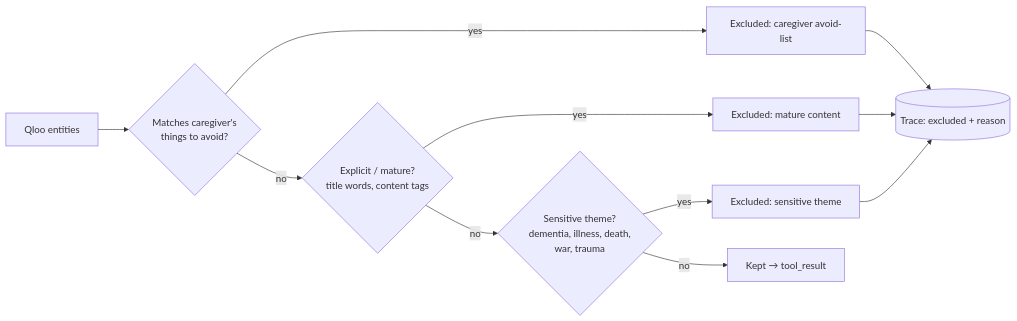
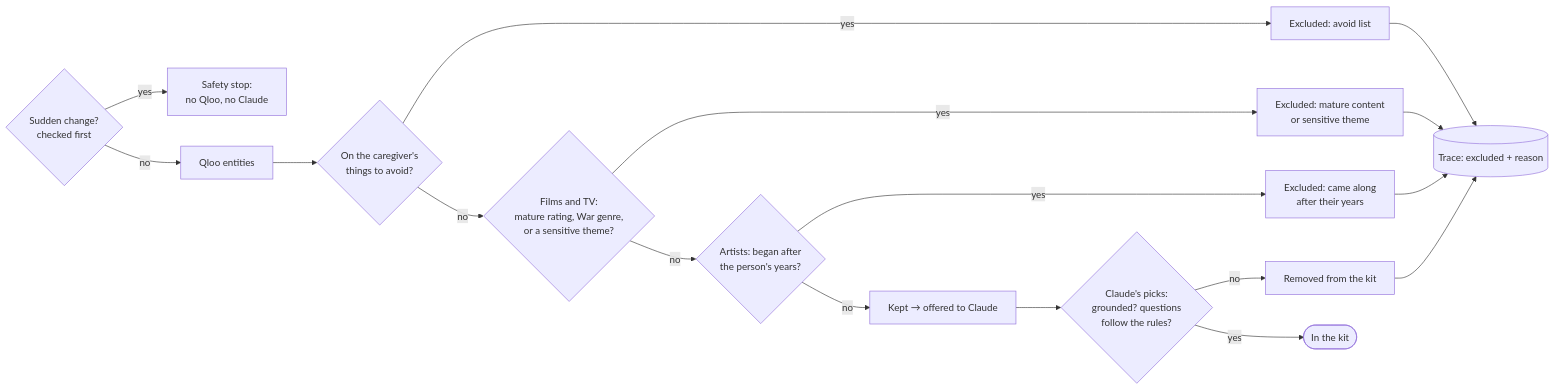
One commit to PrathibhaDevkar/memory-lane changed the fourth of 8 diagrams in docs/plan.md. Above: the diagram before and after it, drawn with Mermaid. The commit also changed other lines of this file and 3 other files, not shown here.

First line of the commit message:
Bring the docs and diagrams up to date (#34)

````diff
--- a/docs/plan.md
+++ b/docs/plan.md
@@ -239,11 +262,16 @@
 ```mermaid
 flowchart LR
-    RAW[Qloo entities] --> A{Matches caregiver's<br/>things to avoid?}
-    A -- yes --> X1[Excluded: caregiver avoid-list]
-    A -- no --> B{Explicit / mature?<br/>title words, content tags}
-    B -- yes --> X2[Excluded: mature content]
-    B -- no --> C{Sensitive theme?<br/>dementia, illness, death,<br/>war, trauma}
-    C -- yes --> X3[Excluded: sensitive theme]
-    C -- no --> KEEP[Kept → tool_result]
-    X1 & X2 & X3 --> TRACE[(Trace: excluded + reason)]
+    SC{"Sudden change?<br/>checked first"} -- yes --> STOP[Safety stop:<br/>no Qloo, no Claude]
+    SC -- no --> RAW[Qloo entities]
+    RAW --> A{"On the caregiver's<br/>things to avoid?"}
+    A -- yes --> X1[Excluded: avoid list]
+    A -- no --> B{"Films and TV:<br/>mature rating, War genre,<br/>or a sensitive theme?"}
+    B -- yes --> X2[Excluded: mature content<br/>or sensitive theme]
+    B -- no --> Y{"Artists: began after<br/>the person's years?"}
+    Y -- yes --> X3[Excluded: came along<br/>after their years]
+    Y -- no --> KEEP[Kept → offered to Claude]
+    KEEP --> GR{"Claude's picks:<br/>grounded? questions<br/>follow the rules?"}
+    GR -- no --> X4[Removed from the kit]
+    GR -- yes --> KIT([In the kit])
+    X1 & X2 & X3 & X4 --> TRACE[(Trace: excluded + reason)]
 ```
````
